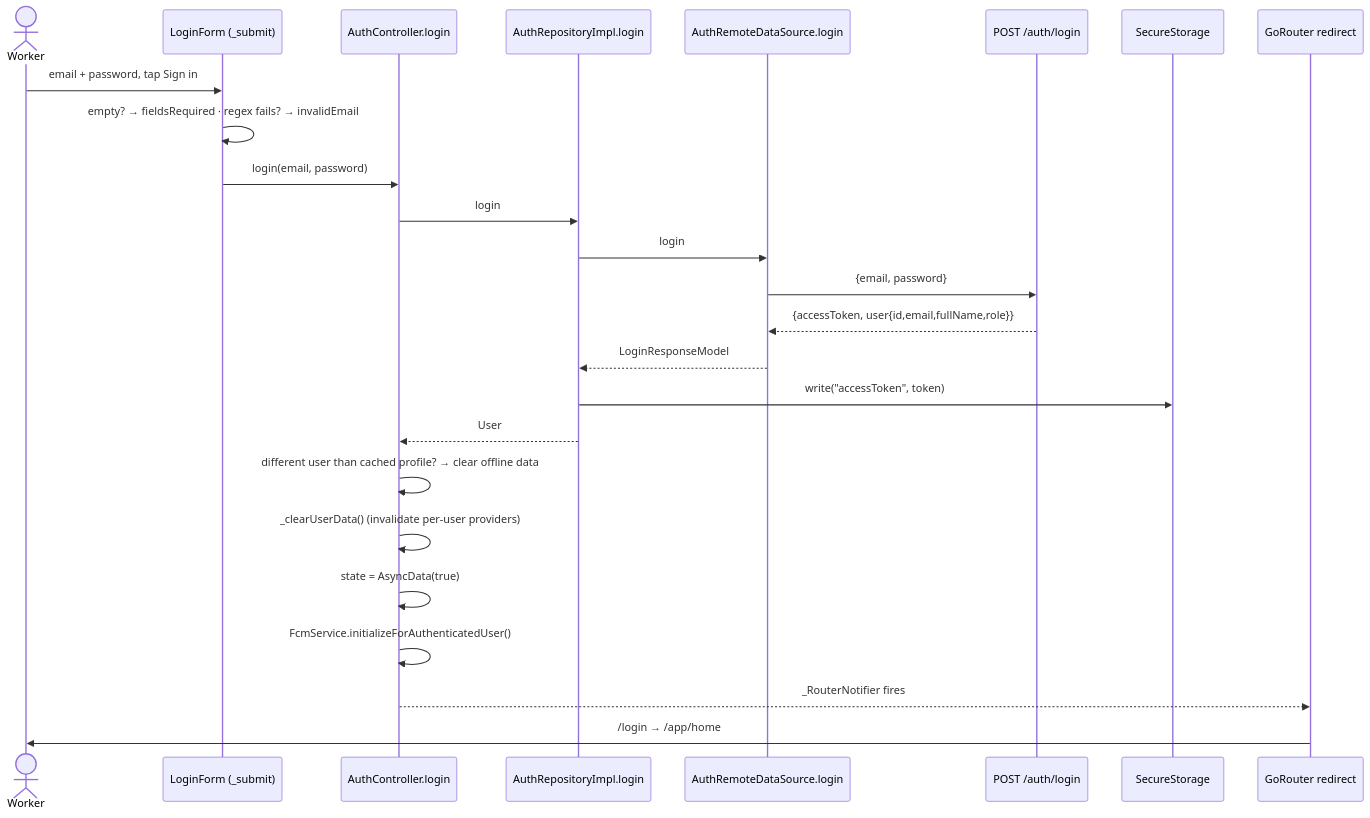
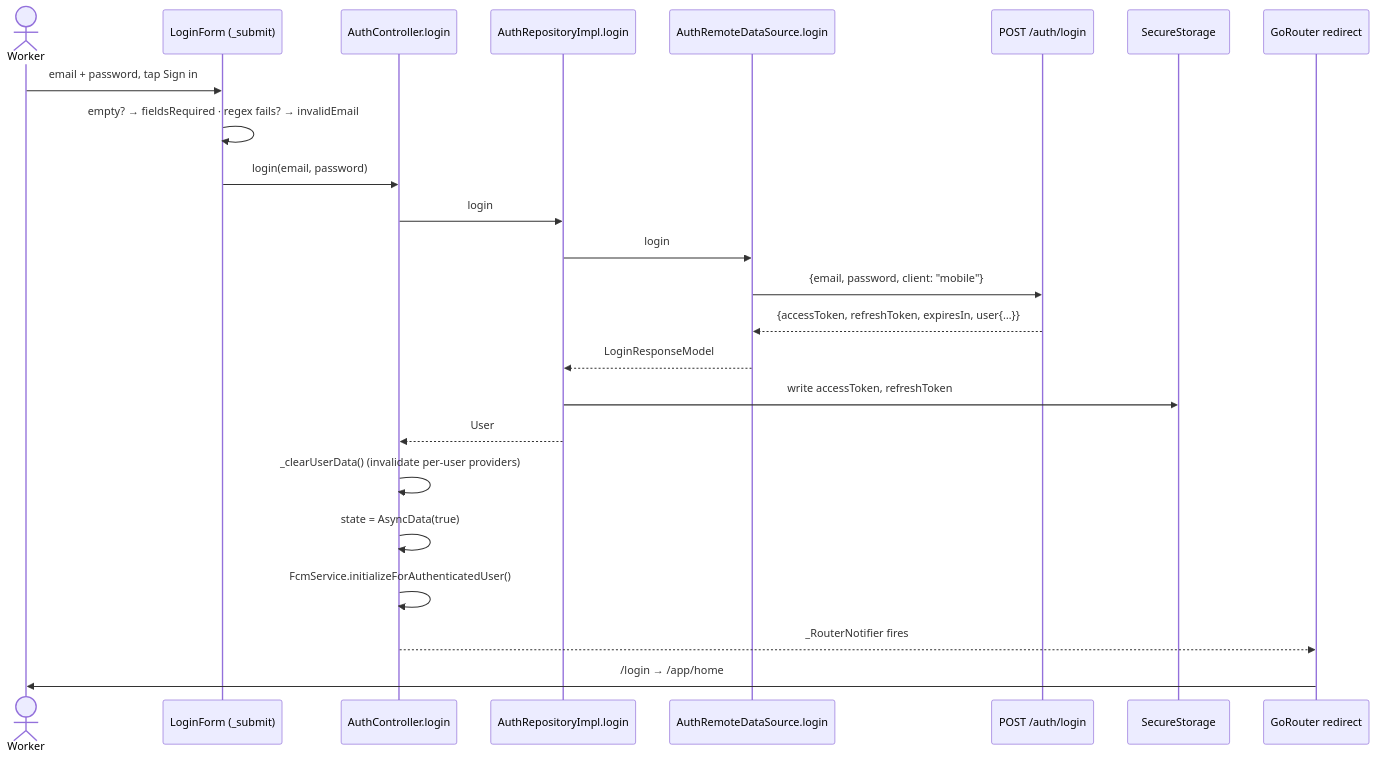
The first of 3 diagrams in docs/technical_defense/04_AUTHENTICATION_AND_STORAGE.md (leyakassir/taskflow-mobile), drawn with Mermaid before and after one commit. The commit also changed other lines of this file and 14 other files, not shown here.

Commit message:
Update technical defense docs: offline mode removed, token refresh

````diff
--- a/docs/technical_defense/04_AUTHENTICATION_AND_STORAGE.md
+++ b/docs/technical_defense/04_AUTHENTICATION_AND_STORAGE.md
@@ -11,27 +11,26 @@
 ```mermaid
 sequenceDiagram
   actor U as Worker
   participant F as LoginForm (_submit)
   participant AC as AuthController.login
   participant AR as AuthRepositoryImpl.login
   participant DS as AuthRemoteDataSource.login
   participant API as POST /auth/login
   participant SS as SecureStorage
   participant RT as GoRouter redirect
   U->>F: email + password, tap Sign in
   F->>F: empty? → fieldsRequired · regex fails? → invalidEmail
   F->>AC: login(email, password)
   AC->>AR: login
   AR->>DS: login
-  DS->>API: {email, password}
-  API-->>DS: {accessToken, user{id,email,fullName,role}}
+  DS->>API: {email, password, client: "mobile"}
+  API-->>DS: {accessToken, refreshToken, expiresIn, user{…}}
   DS-->>AR: LoginResponseModel
-  AR->>SS: write("accessToken", token)
+  AR->>SS: write accessToken, refreshToken
   AR-->>AC: User
-  AC->>AC: different user than cached profile? → clear offline data
   AC->>AC: _clearUserData() (invalidate per-user providers)
   AC->>AC: state = AsyncData(true)
   AC->>AC: FcmService.initializeForAuthenticatedUser()
   AC-->>RT: _RouterNotifier fires
   RT->>U: /login → /app/home
 ```
````
